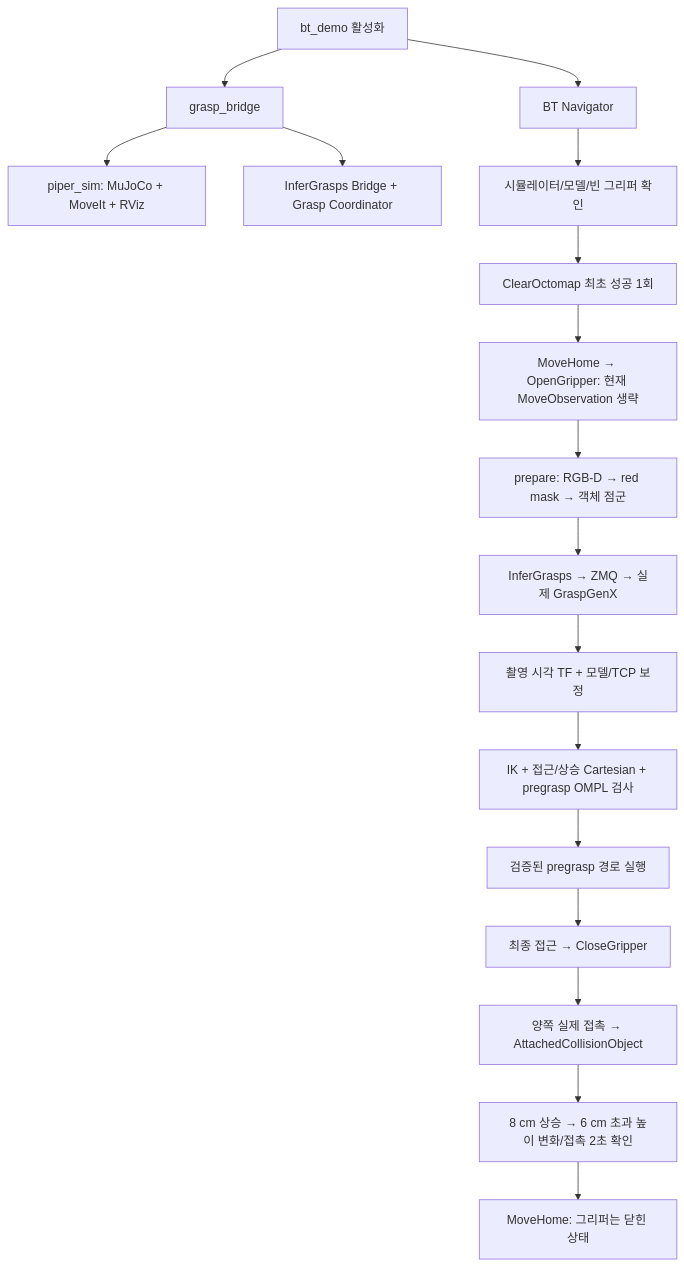
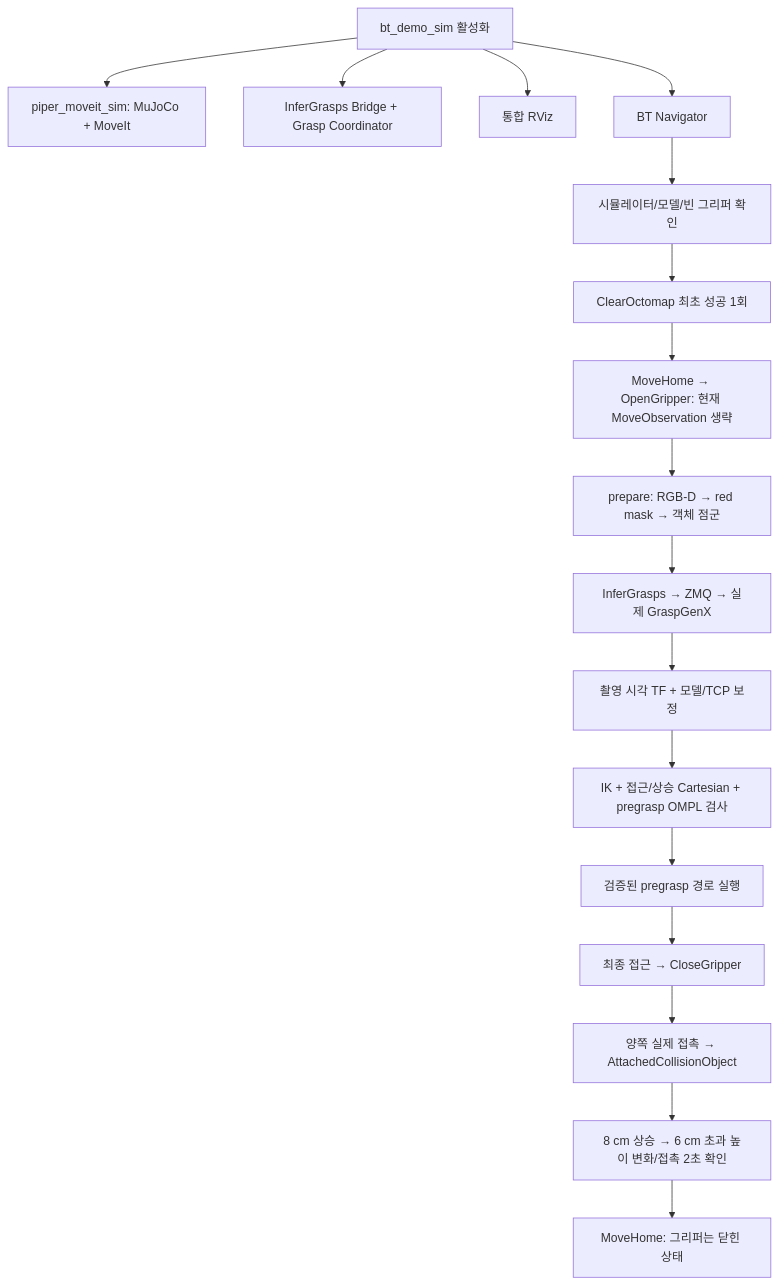
The diagram in docs/red-box-grasp.md (ggh-png/rwh_beyond), drawn with Mermaid before and after one commit. The commit also changed other lines of this file and 20 other files, not shown here.

Commit message:
Reorganize project docs around containers, model data and code flow

````diff
--- a/docs/red-box-grasp.md
+++ b/docs/red-box-grasp.md
@@ -66,19 +69,19 @@
 ```mermaid
 flowchart TD
-  R[bt_demo 활성화] --> G[grasp_bridge]
-  G --> S[piper_sim: MuJoCo + MoveIt + RViz]
-  G --> B[InferGrasps Bridge + Grasp Coordinator]
+  R[bt_demo_sim 활성화] --> S[piper_moveit_sim: MuJoCo + MoveIt]
+  R --> B[InferGrasps Bridge + Grasp Coordinator]
+  R --> RV[통합 RViz]
   R --> N[BT Navigator]
   N --> C[시뮬레이터/모델/빈 그리퍼 확인]
   C --> O[ClearOctomap 최초 성공 1회]
   O --> H[MoveHome → OpenGripper: 현재 MoveObservation 생략]
   H --> P[prepare: RGB-D → red mask → 객체 점군]
   P --> I[InferGrasps → ZMQ → 실제 GraspGenX]
   I --> T[촬영 시각 TF + 모델/TCP 보정]
   T --> V[IK + 접근/상승 Cartesian + pregrasp OMPL 검사]
   V --> M[검증된 pregrasp 경로 실행]
   M --> A[최종 접근 → CloseGripper]
   A --> K[양쪽 실제 접촉 → AttachedCollisionObject]
   K --> L[8 cm 상승 → 6 cm 초과 높이 변화/접촉 2초 확인]
   L --> HOME[MoveHome: 그리퍼는 닫힌 상태]
 ```
````
